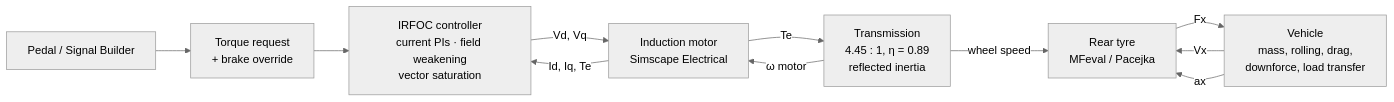
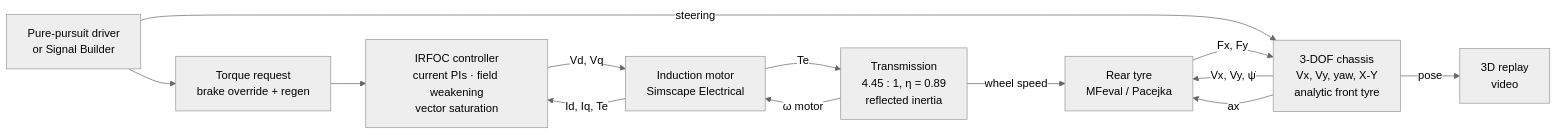
The diagram in README.md (GabrielH2003/AMP-Powertrain-sim), drawn with Mermaid (neutral theme) before and after one commit. The commit also changed other lines of this file and 4 other files, not shown here.

````diff
--- a/README.md
+++ b/README.md
@@ -84,13 +132,15 @@
 ```mermaid
 flowchart LR
-    P[Pedal / Signal Builder] --> TR[Torque request<br/>+ brake override]
+    D[Pure-pursuit driver<br/>or Signal Builder] --> TR[Torque request<br/>brake override + regen]
+    D -- steering --> CH
     TR --> C[IRFOC controller<br/>current PIs · field weakening<br/>vector saturation]
     C -- Vd, Vq --> M[Induction motor<br/>Simscape Electrical]
     M -- Id, Iq, Te --> C
     M -- Te --> T[Transmission<br/>4.45 : 1, η = 0.89<br/>reflected inertia]
     T -- wheel speed --> TY[Rear tyre<br/>MFeval / Pacejka]
-    TY -- Fx --> V[Vehicle<br/>mass, rolling, drag,<br/>downforce, load transfer]
-    V -- Vx --> TY
-    V -- ax --> TY
+    TY -- Fx, Fy --> CH[3-DOF chassis<br/>Vx, Vy, yaw, X-Y<br/>analytic front tyre]
+    CH -- Vx, Vy, ψ̇ --> TY
+    CH -- ax --> TY
     T -- ω motor --> M
+    CH -- pose --> R3[3D replay<br/>video]
 ```
````
